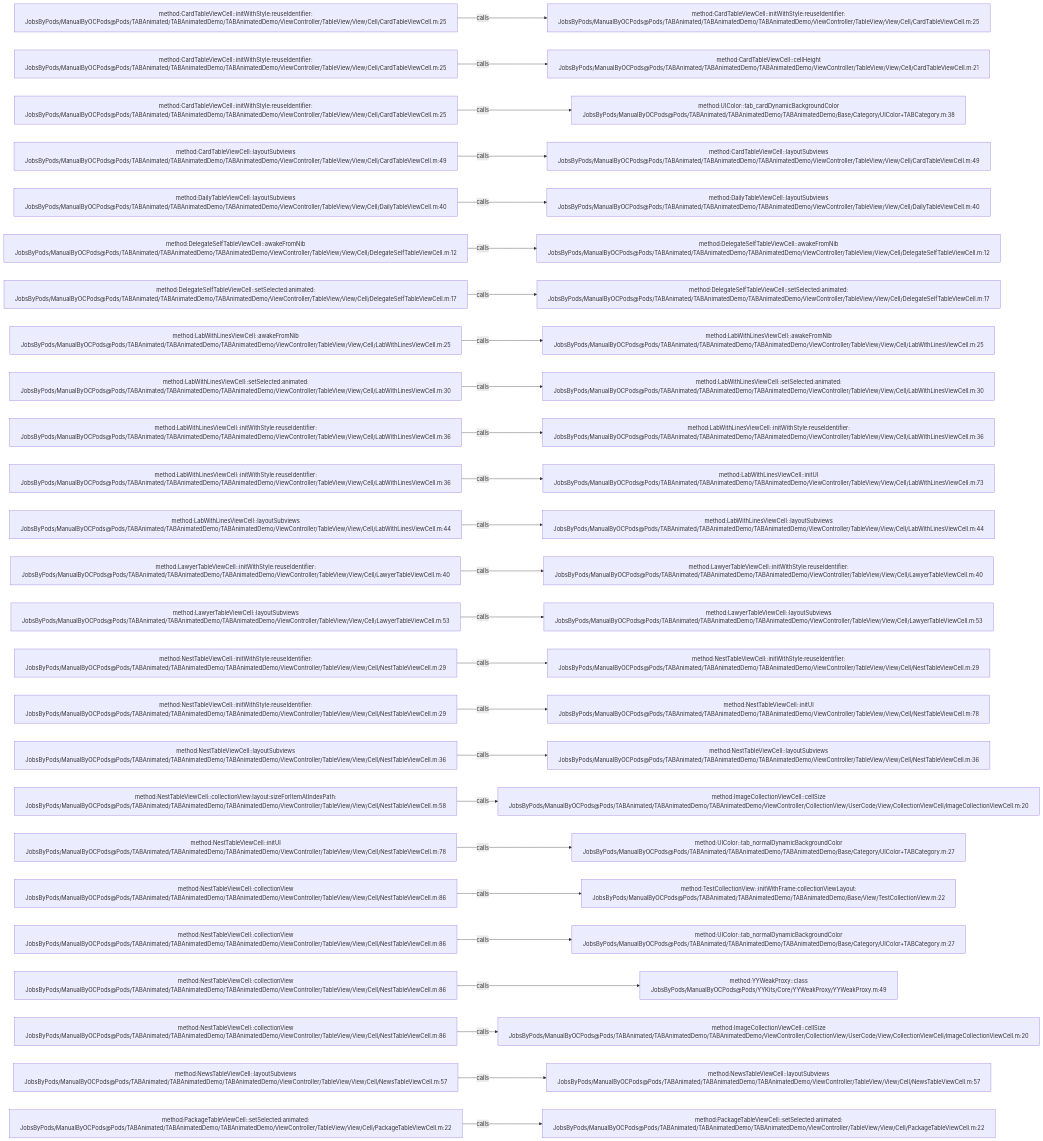
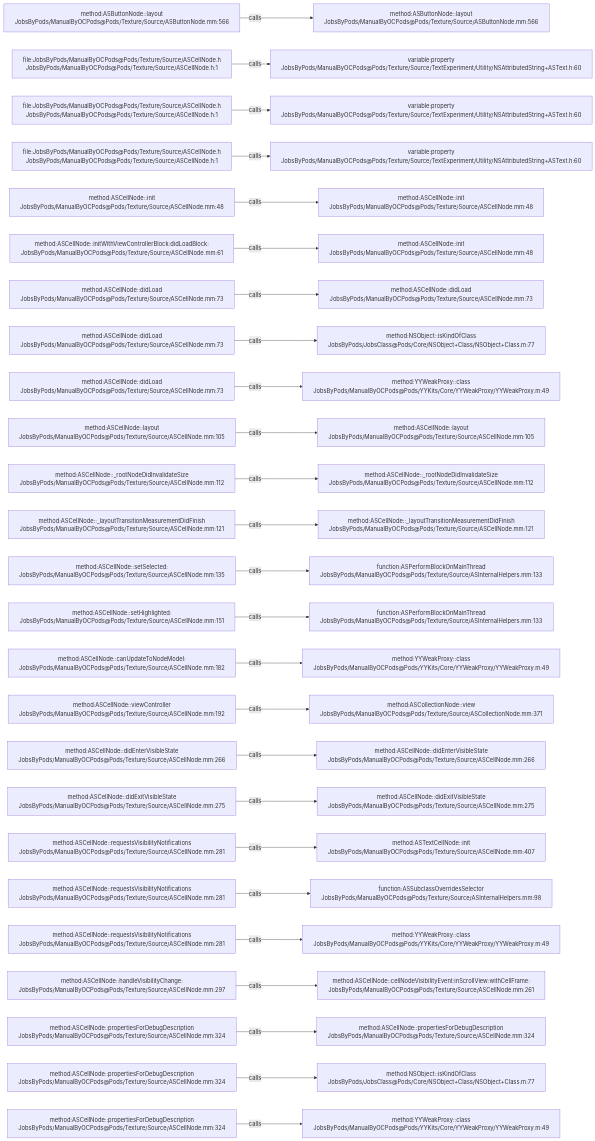
The diagram in .codegraph/codegraph.md/graphs/calls-065.md (JobsKits/JobsOCBaseConfigDemo), drawn with Mermaid before and after one commit. The commit also changed 1448 other files, not shown here.

````diff
--- a/.codegraph/codegraph.md/graphs/calls-065.md
+++ b/.codegraph/codegraph.md/graphs/calls-065.md
@@ -13,78 +13,78 @@
 ```mermaid
 flowchart LR
-  S1["method:CardTableViewCell::initWithStyle:reuseIdentifier:<br/>JobsByPods/ManualByOCPods@Pods/TABAnimated/TABAnimatedDemo/TABAnimatedDemo/ViewController/TableView/View/Cell/CardTableViewCell.m:25"]
-  T1["method:CardTableViewCell::initWithStyle:reuseIdentifier:<br/>JobsByPods/ManualByOCPods@Pods/TABAnimated/TABAnimatedDemo/TABAnimatedDemo/ViewController/TableView/View/Cell/CardTableViewCell.m:25"]
+  S1["method:ASButtonNode::layout<br/>JobsByPods/ManualByOCPods@Pods/Texture/Source/ASButtonNode.mm:566"]
+  T1["method:ASButtonNode::layout<br/>JobsByPods/ManualByOCPods@Pods/Texture/Source/ASButtonNode.mm:566"]
   S1 -->|calls| T1
-  S2["method:CardTableViewCell::initWithStyle:reuseIdentifier:<br/>JobsByPods/ManualByOCPods@Pods/TABAnimated/TABAnimatedDemo/TABAnimatedDemo/ViewController/TableView/View/Cell/CardTableViewCell.m:25"]
-  T2["method:CardTableViewCell::cellHeight<br/>JobsByPods/ManualByOCPods@Pods/TABAnimated/TABAnimatedDemo/TABAnimatedDemo/ViewController/TableView/View/Cell/CardTableViewCell.m:21"]
+  S2["file:JobsByPods/ManualByOCPods@Pods/Texture/Source/ASCellNode.h<br/>JobsByPods/ManualByOCPods@Pods/Texture/Source/ASCellNode.h:1"]
+  T2["variable:property<br/>JobsByPods/ManualByOCPods@Pods/Texture/Source/TextExperiment/Utility/NSAttributedString+ASText.h:60"]
   S2 -->|calls| T2
-  S3["method:CardTableViewCell::initWithStyle:reuseIdentifier:<br/>JobsByPods/ManualByOCPods@Pods/TABAnimated/TABAnimatedDemo/TABAnimatedDemo/ViewController/TableView/View/Cell/CardTableViewCell.m:25"]
-  T3["method:UIColor::tab_cardDynamicBackgroundColor<br/>JobsByPods/ManualByOCPods@Pods/TABAnimated/TABAnimatedDemo/TABAnimatedDemo/Base/Category/UIColor+TABCategory.m:38"]
+  S3["file:JobsByPods/ManualByOCPods@Pods/Texture/Source/ASCellNode.h<br/>JobsByPods/ManualByOCPods@Pods/Texture/Source/ASCellNode.h:1"]
+  T3["variable:property<br/>JobsByPods/ManualByOCPods@Pods/Texture/Source/TextExperiment/Utility/NSAttributedString+ASText.h:60"]
   S3 -->|calls| T3
-  S4["method:CardTableViewCell::layoutSubviews<br/>JobsByPods/ManualByOCPods@Pods/TABAnimated/TABAnimatedDemo/TABAnimatedDemo/ViewController/TableView/View/Cell/CardTableViewCell.m:49"]
-  T4["method:CardTableViewCell::layoutSubviews<br/>JobsByPods/ManualByOCPods@Pods/TABAnimated/TABAnimatedDemo/TABAnimatedDemo/ViewController/TableView/View/Cell/CardTableViewCell.m:49"]
+  S4["file:JobsByPods/ManualByOCPods@Pods/Texture/Source/ASCellNode.h<br/>JobsByPods/ManualByOCPods@Pods/Texture/Source/ASCellNode.h:1"]
+  T4["variable:property<br/>JobsByPods/ManualByOCPods@Pods/Texture/Source/TextExperiment/Utility/NSAttributedString+ASText.h:60"]
   S4 -->|calls| T4
-  S5["method:DailyTableViewCell::layoutSubviews<br/>JobsByPods/ManualByOCPods@Pods/TABAnimated/TABAnimatedDemo/TABAnimatedDemo/ViewController/TableView/View/Cell/DailyTableViewCell.m:40"]
-  T5["method:DailyTableViewCell::layoutSubviews<br/>JobsByPods/ManualByOCPods@Pods/TABAnimated/TABAnimatedDemo/TABAnimatedDemo/ViewController/TableView/View/Cell/DailyTableViewCell.m:40"]
+  S5["method:ASCellNode::init<br/>JobsByPods/ManualByOCPods@Pods/Texture/Source/ASCellNode.mm:48"]
+  T5["method:ASCellNode::init<br/>JobsByPods/ManualByOCPods@Pods/Texture/Source/ASCellNode.mm:48"]
   S5 -->|calls| T5
-  S6["method:DelegateSelfTableViewCell::awakeFromNib<br/>JobsByPods/ManualByOCPods@Pods/TABAnimated/TABAnimatedDemo/TABAnimatedDemo/ViewController/TableView/View/Cell/DelegateSelfTableViewCell.m:12"]
-  T6["method:DelegateSelfTableViewCell::awakeFromNib<br/>JobsByPods/ManualByOCPods@Pods/TABAnimated/TABAnimatedDemo/TABAnimatedDemo/ViewController/TableView/View/Cell/DelegateSelfTableViewCell.m:12"]
+  S6["method:ASCellNode::initWithViewControllerBlock:didLoadBlock:<br/>JobsByPods/ManualByOCPods@Pods/Texture/Source/ASCellNode.mm:61"]
+  T6["method:ASCellNode::init<br/>JobsByPods/ManualByOCPods@Pods/Texture/Source/ASCellNode.mm:48"]
   S6 -->|calls| T6
-  S7["method:DelegateSelfTableViewCell::setSelected:animated:<br/>JobsByPods/ManualByOCPods@Pods/TABAnimated/TABAnimatedDemo/TABAnimatedDemo/ViewController/TableView/View/Cell/DelegateSelfTableViewCell.m:17"]
-  T7["method:DelegateSelfTableViewCell::setSelected:animated:<br/>JobsByPods/ManualByOCPods@Pods/TABAnimated/TABAnimatedDemo/TABAnimatedDemo/ViewController/TableView/View/Cell/DelegateSelfTableViewCell.m:17"]
+  S7["method:ASCellNode::didLoad<br/>JobsByPods/ManualByOCPods@Pods/Texture/Source/ASCellNode.mm:73"]
+  T7["method:ASCellNode::didLoad<br/>JobsByPods/ManualByOCPods@Pods/Texture/Source/ASCellNode.mm:73"]
   S7 -->|calls| T7
-  S8["method:LabWithLinesViewCell::awakeFromNib<br/>JobsByPods/ManualByOCPods@Pods/TABAnimated/TABAnimatedDemo/TABAnimatedDemo/ViewController/TableView/View/Cell/LabWithLinesViewCell.m:25"]
-  T8["method:LabWithLinesViewCell::awakeFromNib<br/>JobsByPods/ManualByOCPods@Pods/TABAnimated/TABAnimatedDemo/TABAnimatedDemo/ViewController/TableView/View/Cell/LabWithLinesViewCell.m:25"]
+  S8["method:ASCellNode::didLoad<br/>JobsByPods/ManualByOCPods@Pods/Texture/Source/ASCellNode.mm:73"]
+  T8["method:NSObject::isKindOfClass<br/>JobsByPods/JobsClass@Pods/Core/NSObject+Class/NSObject+Class.m:77"]
   S8 -->|calls| T8
-  S9["method:LabWithLinesViewCell::setSelected:animated:<br/>JobsByPods/ManualByOCPods@Pods/TABAnimated/TABAnimatedDemo/TABAnimatedDemo/ViewController/TableView/View/Cell/LabWithLinesViewCell.m:30"]
-  T9["method:LabWithLinesViewCell::setSelected:animated:<br/>JobsByPods/ManualByOCPods@Pods/TABAnimated/TABAnimatedDemo/TABAnimatedDemo/ViewController/TableView/View/Cell/LabWithLinesViewCell.m:30"]
+  S9["method:ASCellNode::didLoad<br/>JobsByPods/ManualByOCPods@Pods/Texture/Source/ASCellNode.mm:73"]
+  T9["method:YYWeakProxy::class<br/>JobsByPods/ManualByOCPods@Pods/YYKits/Core/YYWeakProxy/YYWeakProxy.m:49"]
   S9 -->|calls| T9
-  S10["method:LabWithLinesViewCell::initWithStyle:reuseIdentifier:<br/>JobsByPods/ManualByOCPods@Pods/TABAnimated/TABAnimatedDemo/TABAnimatedDemo/ViewController/TableView/View/Cell/LabWithLinesViewCell.m:36"]
-  T10["method:LabWithLinesViewCell::initWithStyle:reuseIdentifier:<br/>JobsByPods/ManualByOCPods@Pods/TABAnimated/TABAnimatedDemo/TABAnimatedDemo/ViewController/TableView/View/Cell/LabWithLinesViewCell.m:36"]
+  S10["method:ASCellNode::layout<br/>JobsByPods/ManualByOCPods@Pods/Texture/Source/ASCellNode.mm:105"]
+  T10["method:ASCellNode::layout<br/>JobsByPods/ManualByOCPods@Pods/Texture/Source/ASCellNode.mm:105"]
   S10 -->|calls| T10
-  S11["method:LabWithLinesViewCell::initWithStyle:reuseIdentifier:<br/>JobsByPods/ManualByOCPods@Pods/TABAnimated/TABAnimatedDemo/TABAnimatedDemo/ViewController/TableView/View/Cell/LabWithLinesViewCell.m:36"]
-  T11["method:LabWithLinesViewCell::initUI<br/>JobsByPods/ManualByOCPods@Pods/TABAnimated/TABAnimatedDemo/TABAnimatedDemo/ViewController/TableView/View/Cell/LabWithLinesViewCell.m:73"]
+  S11["method:ASCellNode::_rootNodeDidInvalidateSize<br/>JobsByPods/ManualByOCPods@Pods/Texture/Source/ASCellNode.mm:112"]
+  T11["method:ASCellNode::_rootNodeDidInvalidateSize<br/>JobsByPods/ManualByOCPods@Pods/Texture/Source/ASCellNode.mm:112"]
   S11 -->|calls| T11
-  S12["method:LabWithLinesViewCell::layoutSubviews<br/>JobsByPods/ManualByOCPods@Pods/TABAnimated/TABAnimatedDemo/TABAnimatedDemo/ViewController/TableView/View/Cell/LabWithLinesViewCell.m:44"]
-  T12["method:LabWithLinesViewCell::layoutSubviews<br/>JobsByPods/ManualByOCPods@Pods/TABAnimated/TABAnimatedDemo/TABAnimatedDemo/ViewController/TableView/View/Cell/LabWithLinesViewCell.m:44"]
+  S12["method:ASCellNode::_layoutTransitionMeasurementDidFinish<br/>JobsByPods/ManualByOCPods@Pods/Texture/Source/ASCellNode.mm:121"]
+  T12["method:ASCellNode::_layoutTransitionMeasurementDidFinish<br/>JobsByPods/ManualByOCPods@Pods/Texture/Source/ASCellNode.mm:121"]
   S12 -->|calls| T12
-  S13["method:LawyerTableViewCell::initWithStyle:reuseIdentifier:<br/>JobsByPods/ManualByOCPods@Pods/TABAnimated/TABAnimatedDemo/TABAnimatedDemo/ViewController/TableView/View/Cell/LawyerTableViewCell.m:40"]
-  T13["method:LawyerTableViewCell::initWithStyle:reuseIdentifier:<br/>JobsByPods/ManualByOCPods@Pods/TABAnimated/TABAnimatedDemo/TABAnimatedDemo/ViewController/TableView/View/Cell/LawyerTableViewCell.m:40"]
+  S13["method:ASCellNode::setSelected:<br/>JobsByPods/ManualByOCPods@Pods/Texture/Source/ASCellNode.mm:135"]
+  T13["function:ASPerformBlockOnMainThread<br/>JobsByPods/ManualByOCPods@Pods/Texture/Source/ASInternalHelpers.mm:133"]
   S13 -->|calls| T13
-  S14["method:LawyerTableViewCell::layoutSubviews<br/>JobsByPods/ManualByOCPods@Pods/TABAnimated/TABAnimatedDemo/TABAnimatedDemo/ViewController/TableView/View/Cell/LawyerTableViewCell.m:53"]
-  T14["method:LawyerTableViewCell::layoutSubviews<br/>JobsByPods/ManualByOCPods@Pods/TABAnimated/TABAnimatedDemo/TABAnimatedDemo/ViewController/TableView/View/Cell/LawyerTableViewCell.m:53"]
+  S14["method:ASCellNode::setHighlighted:<br/>JobsByPods/ManualByOCPods@Pods/Texture/Source/ASCellNode.mm:151"]
+  T14["function:ASPerformBlockOnMainThread<br/>JobsByPods/ManualByOCPods@Pods/Texture/Source/ASInternalHelpers.mm:133"]
   S14 -->|calls| T14
-  S15["method:NestTableViewCell::initWithStyle:reuseIdentifier:<br/>JobsByPods/ManualByOCPods@Pods/TABAnimated/TABAnimatedDemo/TABAnimatedDemo/ViewController/TableView/View/Cell/NestTableViewCell.m:29"]
-  T15["method:NestTableViewCell::initWithStyle:reuseIdentifier:<br/>JobsByPods/ManualByOCPods@Pods/TABAnimated/TABAnimatedDemo/TABAnimatedDemo/ViewController/TableView/View/Cell/NestTableViewCell.m:29"]
+  S15["method:ASCellNode::canUpdateToNodeModel:<br/>JobsByPods/ManualByOCPods@Pods/Texture/Source/ASCellNode.mm:182"]
+  T15["method:YYWeakProxy::class<br/>JobsByPods/ManualByOCPods@Pods/YYKits/Core/YYWeakProxy/YYWeakProxy.m:49"]
   S15 -->|calls| T15
-  S16["method:NestTableViewCell::initWithStyle:reuseIdentifier:<br/>JobsByPods/ManualByOCPods@Pods/TABAnimated/TABAnimatedDemo/TABAnimatedDemo/ViewController/TableView/View/Cell/NestTableViewCell.m:29"]
-  T16["method:NestTableViewCell::initUI<br/>JobsByPods/ManualByOCPods@Pods/TABAnimated/TABAnimatedDemo/TABAnimatedDemo/ViewController/TableView/View/Cell/NestTableViewCell.m:78"]
+  S16["method:ASCellNode::viewController<br/>JobsByPods/ManualByOCPods@Pods/Texture/Source/ASCellNode.mm:192"]
+  T16["method:ASCollectionNode::view<br/>JobsByPods/ManualByOCPods@Pods/Texture/Source/ASCollectionNode.mm:371"]
   S16 -->|calls| T16
-  S17["method:NestTableViewCell::layoutSubviews<br/>JobsByPods/ManualByOCPods@Pods/TABAnimated/TABAnimatedDemo/TABAnimatedDemo/ViewController/TableView/View/Cell/NestTableViewCell.m:36"]
-  T17["method:NestTableViewCell::layoutSubviews<br/>JobsByPods/ManualByOCPods@Pods/TABAnimated/TABAnimatedDemo/TABAnimatedDemo/ViewController/TableView/View/Cell/NestTableViewCell.m:36"]
+  S17["method:ASCellNode::didEnterVisibleState<br/>JobsByPods/ManualByOCPods@Pods/Texture/Source/ASCellNode.mm:266"]
+  T17["method:ASCellNode::didEnterVisibleState<br/>JobsByPods/ManualByOCPods@Pods/Texture/Source/ASCellNode.mm:266"]
   S17 -->|calls| T17
-  S18["method:NestTableViewCell::collectionView:layout:sizeForItemAtIndexPath:<br/>JobsByPods/ManualByOCPods@Pods/TABAnimated/TABAnimatedDemo/TABAnimatedDemo/ViewController/TableView/View/Cell/NestTableViewCell.m:58"]
-  T18["method:ImageCollectionViewCell::cellSize<br/>JobsByPods/ManualByOCPods@Pods/TABAnimated/TABAnimatedDemo/TABAnimatedDemo/ViewController/CollectionView/UserCode/View/CollectionViewCell/ImageCollectionViewCell.m:20"]
+  S18["method:ASCellNode::didExitVisibleState<br/>JobsByPods/ManualByOCPods@Pods/Texture/Source/ASCellNode.mm:275"]
+  T18["method:ASCellNode::didExitVisibleState<br/>JobsByPods/ManualByOCPods@Pods/Texture/Source/ASCellNode.mm:275"]
   S18 -->|calls| T18
-  S19["method:NestTableViewCell::initUI<br/>JobsByPods/ManualByOCPods@Pods/TABAnimated/TABAnimatedDemo/TABAnimatedDemo/ViewController/TableView/View/Cell/NestTableViewCell.m:78"]
-  T19["method:UIColor::tab_normalDynamicBackgroundColor<br/>JobsByPods/ManualByOCPods@Pods/TABAnimated/TABAnimatedDemo/TABAnimatedDemo/Base/Category/UIColor+TABCategory.m:27"]
+  S19["method:ASCellNode::requestsVisibilityNotifications<br/>JobsByPods/ManualByOCPods@Pods/Texture/Source/ASCellNode.mm:281"]
+  T19["method:ASTextCellNode::init<br/>JobsByPods/ManualByOCPods@Pods/Texture/Source/ASCellNode.mm:407"]
   S19 -->|calls| T19
-  S20["method:NestTableViewCell::collectionView<br/>JobsByPods/ManualByOCPods@Pods/TABAnimated/TABAnimatedDemo/TABAnimatedDemo/ViewController/TableView/View/Cell/NestTableViewCell.m:86"]
-  T20["method:TestCollectionView::initWithFrame:collectionViewLayout:<br/>JobsByPods/ManualByOCPods@Pods/TABAnimated/TABAnimatedDemo/TABAnimatedDemo/Base/View/TestCollectionView.m:22"]
+  S20["method:ASCellNode::requestsVisibilityNotifications<br/>JobsByPods/ManualByOCPods@Pods/Texture/Source/ASCellNode.mm:281"]
+  T20["function:ASSubclassOverridesSelector<br/>JobsByPods/ManualByOCPods@Pods/Texture/Source/ASInternalHelpers.mm:98"]
   S20 -->|calls| T20
-  S21["method:NestTableViewCell::collectionView<br/>JobsByPods/ManualByOCPods@Pods/TABAnimated/TABAnimatedDemo/TABAnimatedDemo/ViewController/TableView/View/Cell/NestTableViewCell.m:86"]
-  T21["method:UIColor::tab_normalDynamicBackgroundColor<br/>JobsByPods/ManualByOCPods@Pods/TABAnimated/TABAnimatedDemo/TABAnimatedDemo/Base/Category/UIColor+TABCategory.m:27"]
+  S21["method:ASCellNode::requestsVisibilityNotifications<br/>JobsByPods/ManualByOCPods@Pods/Texture/Source/ASCellNode.mm:281"]
+  T21["method:YYWeakProxy::class<br/>JobsByPods/ManualByOCPods@Pods/YYKits/Core/YYWeakProxy/YYWeakProxy.m:49"]
   S21 -->|calls| T21
-  S22["method:NestTableViewCell::collectionView<br/>JobsByPods/ManualByOCPods@Pods/TABAnimated/TABAnimatedDemo/TABAnimatedDemo/ViewController/TableView/View/Cell/NestTableViewCell.m:86"]
-  T22["method:YYWeakProxy::class<br/>JobsByPods/ManualByOCPods@Pods/YYKits/Core/YYWeakProxy/YYWeakProxy.m:49"]
+  S22["method:ASCellNode::handleVisibilityChange:<br/>JobsByPods/ManualByOCPods@Pods/Texture/Source/ASCellNode.mm:297"]
+  T22["method:ASCellNode::cellNodeVisibilityEvent:inScrollView:withCellFrame:<br/>JobsByPods/ManualByOCPods@Pods/Texture/Source/ASCellNode.mm:261"]
   S22 -->|calls| T22
-  S23["method:NestTableViewCell::collectionView<br/>JobsByPods/ManualByOCPods@Pods/TABAnimated/TABAnimatedDemo/TABAnimatedDemo/ViewController/TableView/View/Cell/NestTableViewCell.m:86"]
-  T23["method:ImageCollectionViewCell::cellSize<br/>JobsByPods/ManualByOCPods@Pods/TABAnimated/TABAnimatedDemo/TABAnimatedDemo/ViewController/CollectionView/UserCode/View/CollectionViewCell/ImageCollectionViewCell.m:20"]
+  S23["method:ASCellNode::propertiesForDebugDescription<br/>JobsByPods/ManualByOCPods@Pods/Texture/Source/ASCellNode.mm:324"]
+  T23["method:ASCellNode::propertiesForDebugDescription<br/>JobsByPods/ManualByOCPods@Pods/Texture/Source/ASCellNode.mm:324"]
   S23 -->|calls| T23
-  S24["method:NewsTableViewCell::layoutSubviews<br/>JobsByPods/ManualByOCPods@Pods/TABAnimated/TABAnimatedDemo/TABAnimatedDemo/ViewController/TableView/View/Cell/NewsTableViewCell.m:57"]
-  T24["method:NewsTableViewCell::layoutSubviews<br/>JobsByPods/ManualByOCPods@Pods/TABAnimated/TABAnimatedDemo/TABAnimatedDemo/ViewController/TableView/View/Cell/NewsTableViewCell.m:57"]
+  S24["method:ASCellNode::propertiesForDebugDescription<br/>JobsByPods/ManualByOCPods@Pods/Texture/Source/ASCellNode.mm:324"]
+  T24["method:NSObject::isKindOfClass<br/>JobsByPods/JobsClass@Pods/Core/NSObject+Class/NSObject+Class.m:77"]
   S24 -->|calls| T24
-  S25["method:PackageTableViewCell::setSelected:animated:<br/>JobsByPods/ManualByOCPods@Pods/TABAnimated/TABAnimatedDemo/TABAnimatedDemo/ViewController/TableView/View/Cell/PackageTableViewCell.m:22"]
-  T25["method:PackageTableViewCell::setSelected:animated:<br/>JobsByPods/ManualByOCPods@Pods/TABAnimated/TABAnimatedDemo/TABAnimatedDemo/ViewController/TableView/View/Cell/PackageTableViewCell.m:22"]
+  S25["method:ASCellNode::propertiesForDebugDescription<br/>JobsByPods/ManualByOCPods@Pods/Texture/Source/ASCellNode.mm:324"]
+  T25["method:YYWeakProxy::class<br/>JobsByPods/ManualByOCPods@Pods/YYKits/Core/YYWeakProxy/YYWeakProxy.m:49"]
   S25 -->|calls| T25
 ```
````
